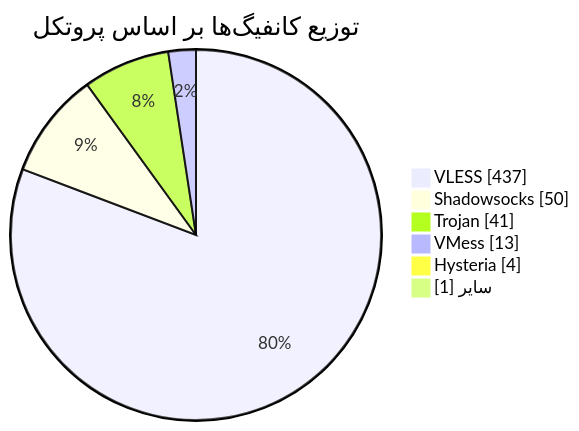
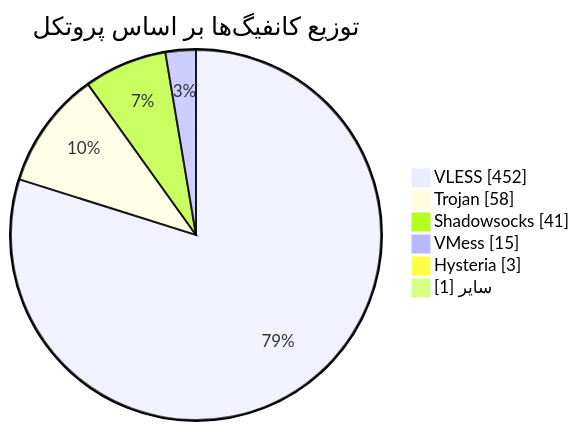
The diagram in README.md (Arian-Alijani/Somthing), drawn with Mermaid before and after one commit. The commit also changed other lines of this file and 85 other files, not shown here.

````diff
--- a/README.md
+++ b/README.md
@@ -48,10 +48,10 @@
 ```mermaid
 pie showData
     title توزیع کانفیگ‌ها بر اساس پروتکل
-    "VLESS" : 437
-    "Shadowsocks" : 50
-    "Trojan" : 41
-    "VMess" : 13
-    "Hysteria" : 4
+    "VLESS" : 452
+    "Trojan" : 58
+    "Shadowsocks" : 41
+    "VMess" : 15
+    "Hysteria" : 3
     "سایر" : 1
 ```
````
